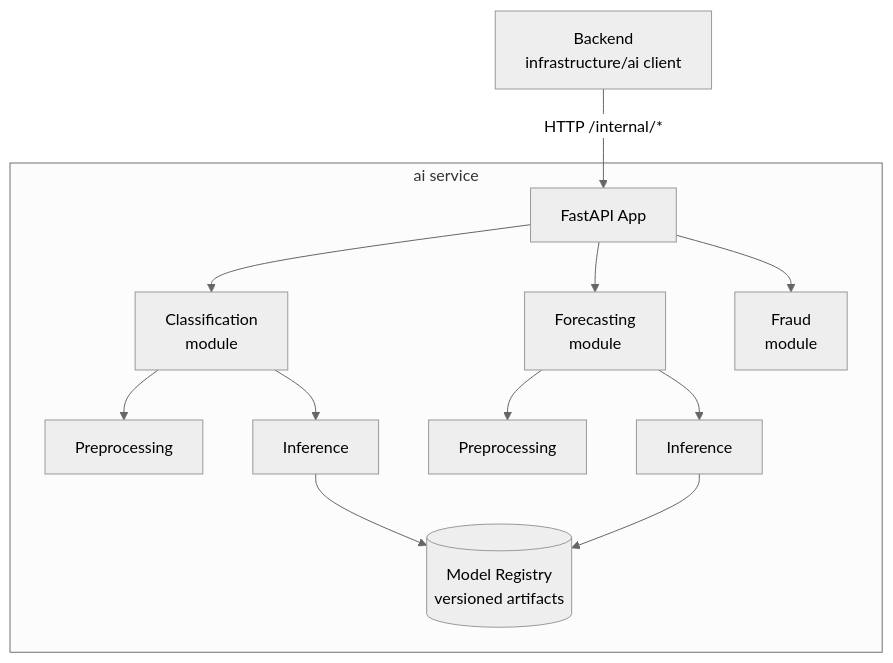
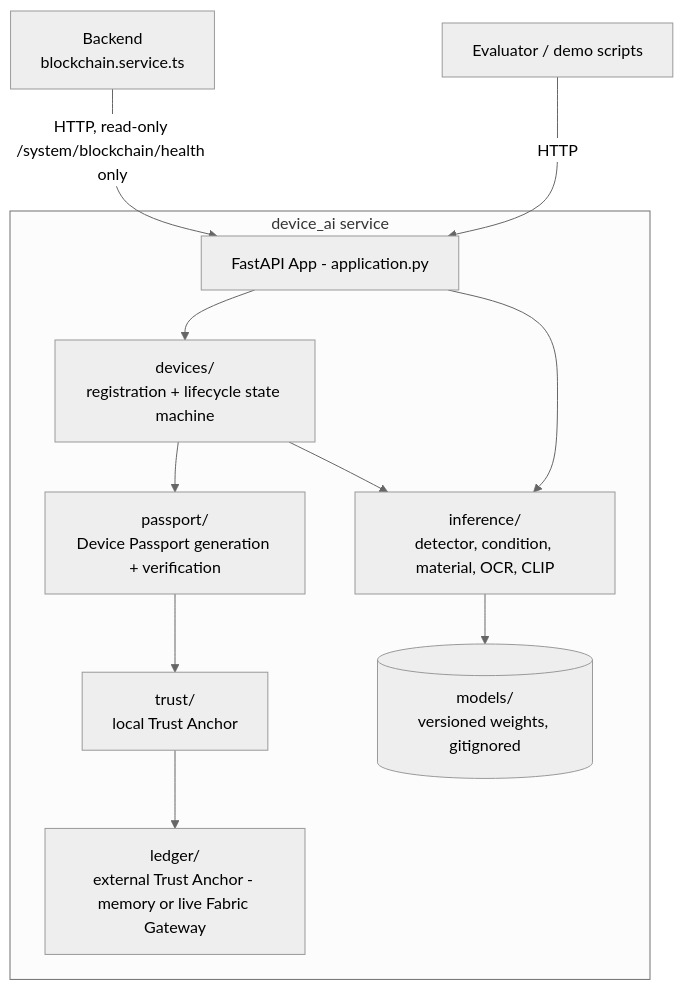
Before and after one commit to Edith-Stark06/Eco-Trace-Warriors: the diagram in docs/engineering/08_AI.md, drawn with Mermaid (neutral theme). The commit also changed other lines of this file and 8 other files, not shown here.

````diff
--- a/docs/engineering/08_AI.md
+++ b/docs/engineering/08_AI.md
@@ -51,16 +59,15 @@
 ```mermaid
 flowchart TB
-    BE[Backend<br/>infrastructure/ai client] -->|HTTP /internal/*| GW[FastAPI App]
-    subgraph ai service
-        GW --> CLS[Classification<br/>module]
-        GW --> FC[Forecasting<br/>module]
-        GW --> FR[Fraud<br/>module]
-        CLS --> PP1[Preprocessing]
-        CLS --> INF1[Inference]
-        FC --> PP2[Preprocessing]
-        FC --> INF2[Inference]
-        REG[(Model Registry<br/>versioned artifacts)]
-        INF1 --> REG
-        INF2 --> REG
+    EV[Evaluator / demo scripts] -->|HTTP| GW[FastAPI App - application.py]
+    BE[Backend<br/>blockchain.service.ts] -->|HTTP, read-only /system/blockchain/health only| GW
+    subgraph "device_ai service"
+        GW --> DEV[devices/<br/>registration + lifecycle state machine]
+        GW --> INF[inference/<br/>detector, condition, material, OCR, CLIP]
+        DEV --> INF
+        DEV --> PASS[passport/<br/>Device Passport generation + verification]
+        PASS --> TRUST[trust/<br/>local Trust Anchor]
+        TRUST --> LEDGER[ledger/<br/>external Trust Anchor - memory or live Fabric Gateway]
+        REG[(models/<br/>versioned weights, gitignored)]
+        INF --> REG
     end
 ```
````
